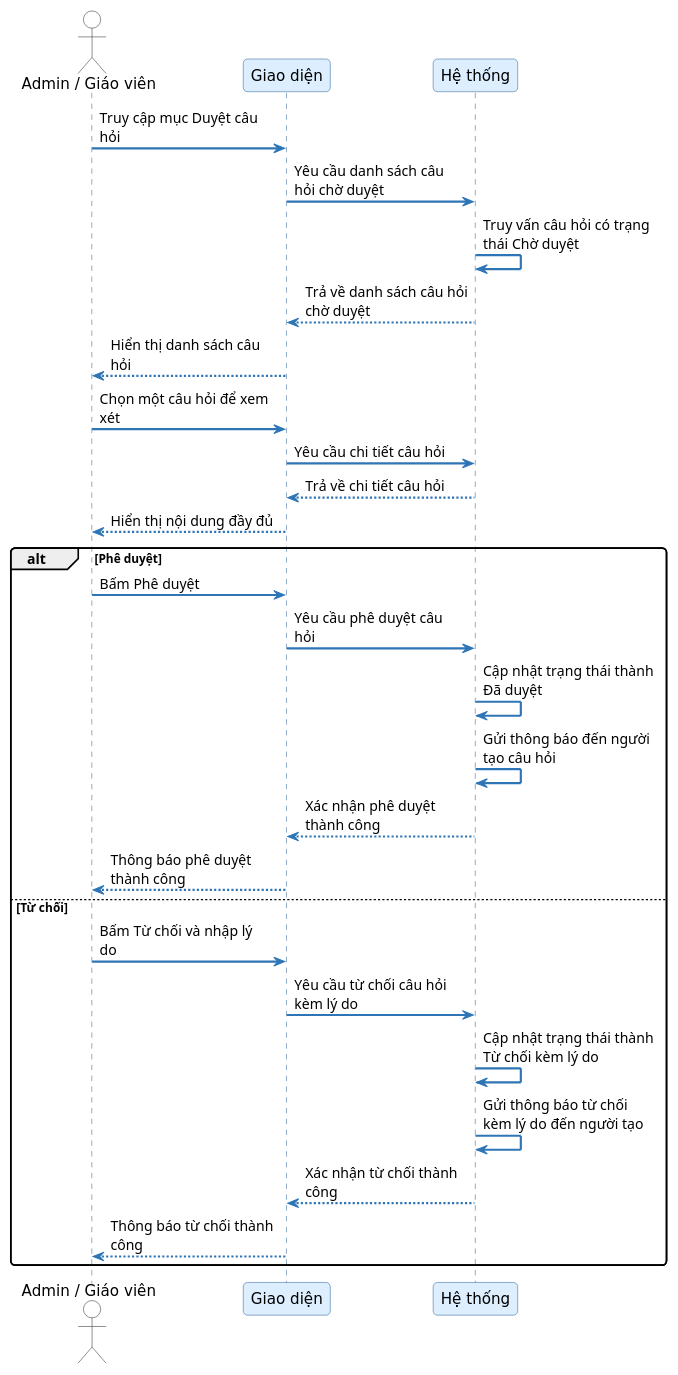
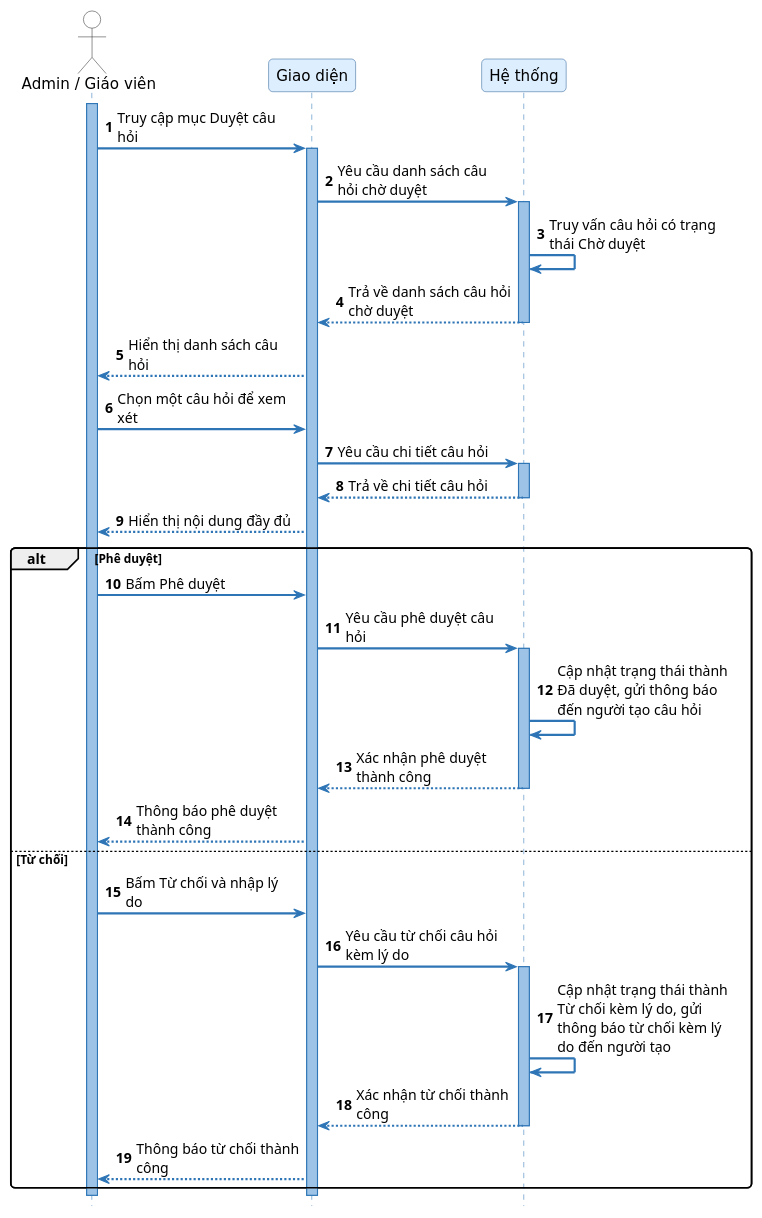
Before and after one commit to trantrungno3/ExamHub: the diagram in uml/seq_diagrams/SD21_duyet_cau_hoi.puml, drawn with PlantUML. The commit also changed 100 other files, not shown here.

First line of the commit message:
Refactor sequence diagrams for exam generation and management

```diff
--- a/uml/seq_diagrams/SD21_duyet_cau_hoi.puml
+++ b/uml/seq_diagrams/SD21_duyet_cau_hoi.puml
@@ -1,53 +1,56 @@
 @startuml SD21_duyet_cau_hoi
+autonumber
 skinparam sequenceArrowThickness 2
 skinparam roundcorner 8
 skinparam maxmessagesize 160
 skinparam sequence {
     ArrowColor #2E75B6
     ActorBorderColor #333333
-    LifeLineBorderColor #336699
-    LifeLineBackgroundColor #EEF4FF
+    LifeLineBorderColor #2E75B6
+    LifeLineBackgroundColor #9DC3E6
     ParticipantBorderColor #336699
     ParticipantBackgroundColor #DDEEFF
     ParticipantFontSize 14
     ParticipantFontName "DejaVu Sans"
     ActorBackgroundColor White
     ActorFontName "DejaVu Sans"
     ActorFontSize 14
     NoteBackgroundColor #FFFFCC
     NoteBorderColor #CCCC00
 }
 skinparam fontname "DejaVu Sans"
+hide footbox
 
 actor "Admin / Giáo viên" as Reviewer
 participant "Giao diện" as FE
 participant "Hệ thống" as SYS
 
-Reviewer -> FE : Truy cập mục Duyệt câu hỏi
-FE -> SYS : Yêu cầu danh sách câu hỏi chờ duyệt
+activate Reviewer
+Reviewer -> FE ++ : Truy cập mục Duyệt câu hỏi
+FE -> SYS ++ : Yêu cầu danh sách câu hỏi chờ duyệt
 SYS -> SYS : Truy vấn câu hỏi có trạng thái Chờ duyệt
-SYS --> FE : Trả về danh sách câu hỏi chờ duyệt
+SYS --> FE -- : Trả về danh sách câu hỏi chờ duyệt
 FE --> Reviewer : Hiển thị danh sách câu hỏi
 
 Reviewer -> FE : Chọn một câu hỏi để xem xét
-FE -> SYS : Yêu cầu chi tiết câu hỏi
-SYS --> FE : Trả về chi tiết câu hỏi
+FE -> SYS ++ : Yêu cầu chi tiết câu hỏi
+SYS --> FE -- : Trả về chi tiết câu hỏi
 FE --> Reviewer : Hiển thị nội dung đầy đủ
 
 alt Phê duyệt
     Reviewer -> FE : Bấm Phê duyệt
-    FE -> SYS : Yêu cầu phê duyệt câu hỏi
-    SYS -> SYS : Cập nhật trạng thái thành Đã duyệt
-    SYS -> SYS : Gửi thông báo đến người tạo câu hỏi
-    SYS --> FE : Xác nhận phê duyệt thành công
+    FE -> SYS ++ : Yêu cầu phê duyệt câu hỏi
+    SYS -> SYS : Cập nhật trạng thái thành Đã duyệt, gửi thông báo đến người tạo câu hỏi
+    SYS --> FE -- : Xác nhận phê duyệt thành công
     FE --> Reviewer : Thông báo phê duyệt thành công
 else Từ chối
     Reviewer -> FE : Bấm Từ chối và nhập lý do
-    FE -> SYS : Yêu cầu từ chối câu hỏi kèm lý do
-    SYS -> SYS : Cập nhật trạng thái thành Từ chối kèm lý do
-    SYS -> SYS : Gửi thông báo từ chối kèm lý do đến người tạo
-    SYS --> FE : Xác nhận từ chối thành công
+    FE -> SYS ++ : Yêu cầu từ chối câu hỏi kèm lý do
+    SYS -> SYS : Cập nhật trạng thái thành Từ chối kèm lý do, gửi thông báo từ chối kèm lý do đến người tạo
+    SYS --> FE -- : Xác nhận từ chối thành công
     FE --> Reviewer : Thông báo từ chối thành công
 end
+deactivate FE
+deactivate Reviewer
 
 @enduml
```
